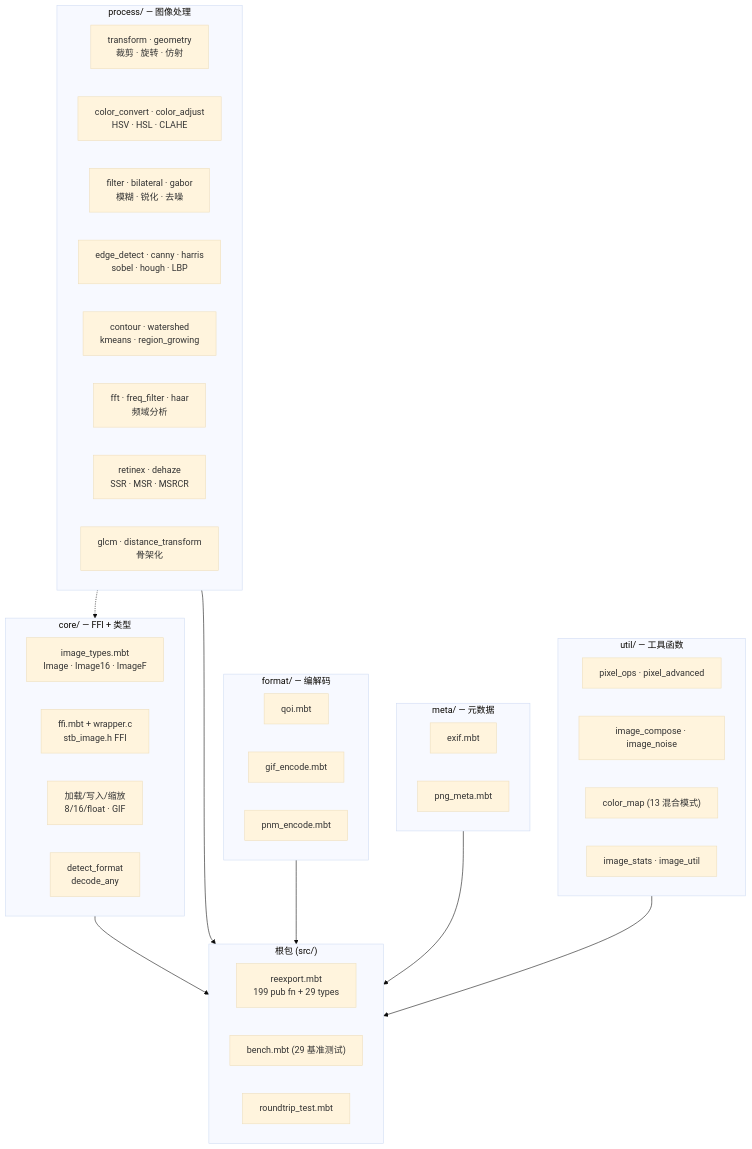
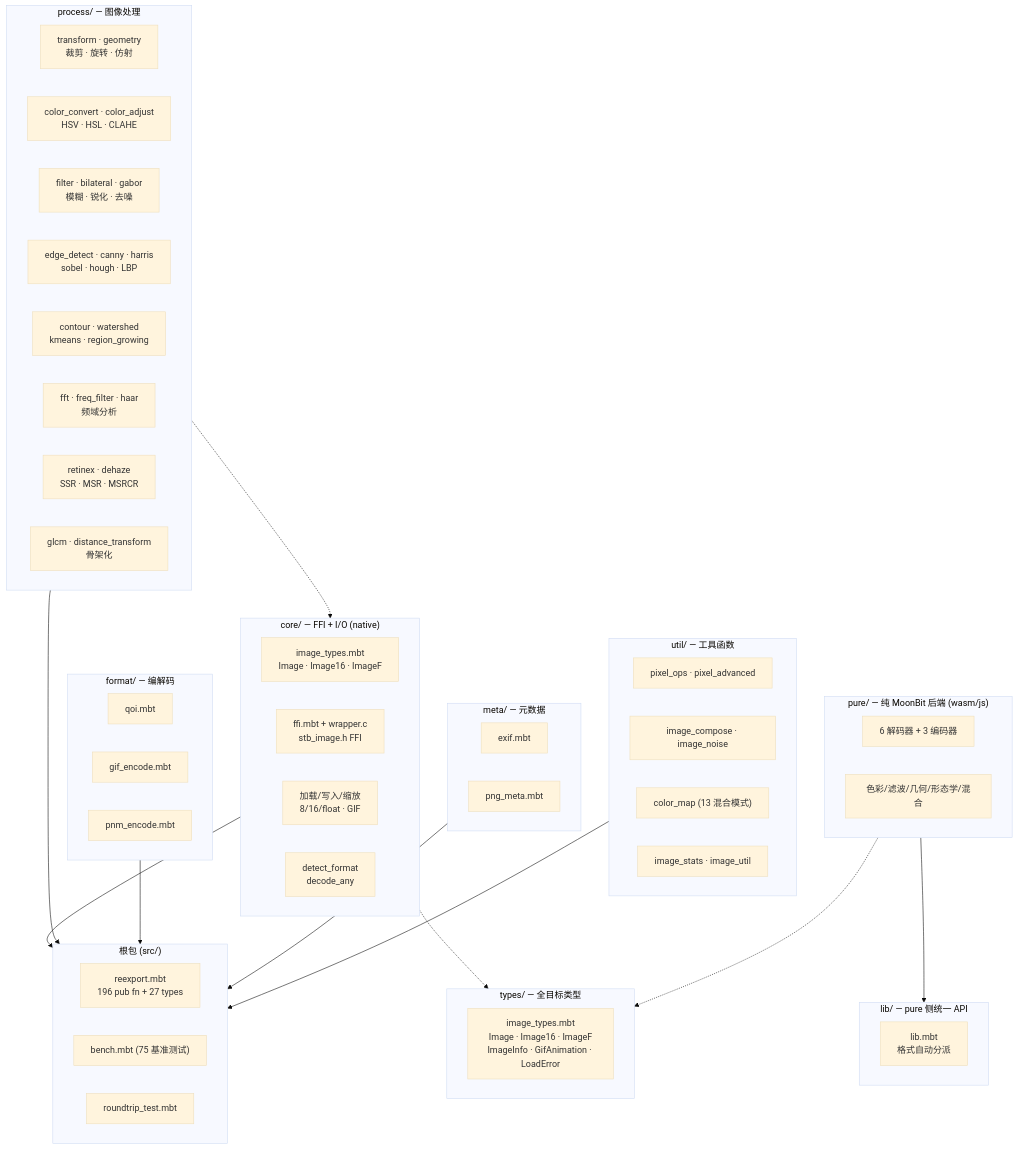
One commit to toadium/stb-image changed the second of 14 diagrams in ARCHITECTURE.md. Above: the diagram before and after it, drawn with Mermaid (base theme). The commit also changed other lines of this file and 6 other files, not shown here.

````diff
--- a/ARCHITECTURE.md
+++ b/ARCHITECTURE.md
@@ -74,51 +74,67 @@
 ```mermaid
 flowchart TB
     subgraph Root["根包 (src/)"]
-        RE["reexport.mbt<br/>199 pub fn + 29 types"]
-        Bench["bench.mbt (29 基准测试)"]
+        RE["reexport.mbt<br/>196 pub fn + 27 types"]
+        Bench["bench.mbt (75 基准测试)"]
         RT["roundtrip_test.mbt"]
     end
 
-    subgraph Core["core/ — FFI + 类型"]
+    subgraph TypesPkg["types/ — 全目标类型"]
+        TypeDef["image_types.mbt<br/>Image · Image16 · ImageF<br/>ImageInfo · GifAnimation · LoadError"]
+    end
+
+    subgraph Core["core/ — FFI + I/O (native)"]
         Types["image_types.mbt<br/>Image · Image16 · ImageF"]
         FFI["ffi.mbt + wrapper.c<br/>stb_image.h FFI"]
         Load["加载/写入/缩放<br/>8/16/float · GIF"]
         Detect["detect_format<br/>decode_any"]
     end
 
     subgraph Process["process/ — 图像处理"]
         Transform["transform · geometry<br/>裁剪 · 旋转 · 仿射"]
         Color["color_convert · color_adjust<br/>HSV · HSL · CLAHE"]
         Filter["filter · bilateral · gabor<br/>模糊 · 锐化 · 去噪"]
         Edge["edge_detect · canny · harris<br/>sobel · hough · LBP"]
         Segment["contour · watershed<br/>kmeans · region_growing"]
         Freq["fft · freq_filter · haar<br/>频域分析"]
         Retinex["retinex · dehaze<br/>SSR · MSR · MSRCR"]
         Texture["glcm · distance_transform<br/>骨架化"]
     end
 
     subgraph Format["format/ — 编解码"]
         QOI["qoi.mbt"]
         GIF["gif_encode.mbt"]
         PNM["pnm_encode.mbt"]
     end
 
     subgraph Meta["meta/ — 元数据"]
         EXIF["exif.mbt"]
         PNGMeta["png_meta.mbt"]
     end
 
     subgraph Util["util/ — 工具函数"]
         PixelOps["pixel_ops · pixel_advanced"]
         Compose["image_compose · image_noise"]
         Blend["color_map (13 混合模式)"]
         Stats["image_stats · image_util"]
     end
 
+    subgraph Pure["pure/ — 纯 MoonBit 后端 (wasm/js)"]
+        PureDec["6 解码器 + 3 编码器"]
+        PureProc["色彩/滤波/几何/形态学/混合"]
+    end
+
+    subgraph Lib["lib/ — pure 侧统一 API"]
+        LibEntry["lib.mbt<br/>格式自动分派"]
+    end
+
     Core --> Root
     Process --> Root
     Format --> Root
     Meta --> Root
     Util --> Root
+    Pure --> Lib
+    Core -.-> TypesPkg
+    Pure -.-> TypesPkg
     Process -.-> Core
 ```
````
